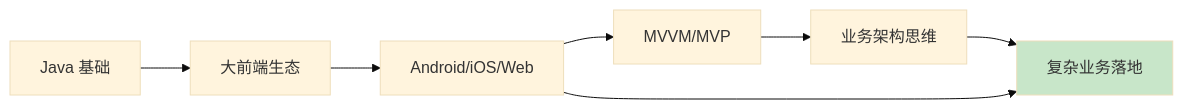
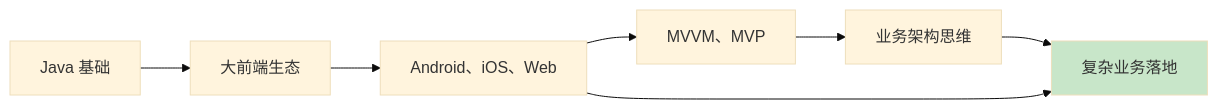
One commit to chongyang211/YCBookBlog changed the seventh of 7 diagrams in packages/website/11.书籍/04.自我精进·学习/07.体系思维很重要.md. Above: the diagram before and after it, drawn with Mermaid (base theme). The commit also changed other lines of this file and 17 other files, not shown here.

````diff
--- a/packages/website/11.书籍/04.自我精进·学习/07.体系思维很重要.md
+++ b/packages/website/11.书籍/04.自我精进·学习/07.体系思维很重要.md
@@ -188,10 +237,10 @@
 ```mermaid
 graph LR
     P1[Java 基础] --> L1[大前端生态]
-    L1 --> L2[Android/iOS/Web]
-    L2 --> M1[MVVM/MVP]
+    L1 --> L2[Android、iOS、Web]
+    L2 --> M1[MVVM、MVP]
     M1 --> S1[业务架构思维]
     S1 --> Biz[复杂业务落地]
     L2 --> Biz
     style Biz fill:#c8e6c9
 ```
````
